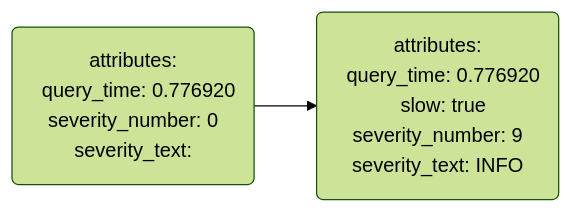
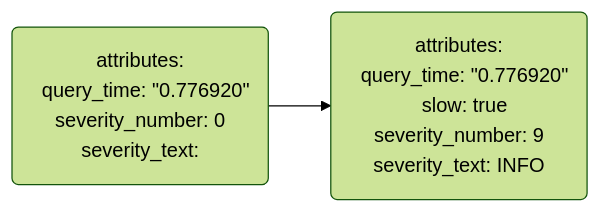
One commit to evan-bradley/ottl-cookbook changed the diagram in code/mysql-2-slow-classifying.mmd. Above: the diagram before and after it, drawn with Mermaid (forest theme). The commit also changed 2 other files, not shown here.

```diff
--- a/code/mysql-2-slow-classifying.mmd
+++ b/code/mysql-2-slow-classifying.mmd
@@ -1,13 +1,13 @@
 flowchart LR
     log0(attributes: 
-&nbsp;&nbsp;query_time: 0.776920
+&nbsp;&nbsp;query_time: &quot;0.776920&quot;
 severity_number: 0 
 severity_text:
     )
     log1(attributes: 
-&nbsp;&nbsp;query_time: 0.776920
+&nbsp;&nbsp;query_time: &quot;0.776920&quot;
 &nbsp;&nbsp;slow: true
 severity_number: 9
 severity_text: INFO
     )
     log0 --> log1
```
